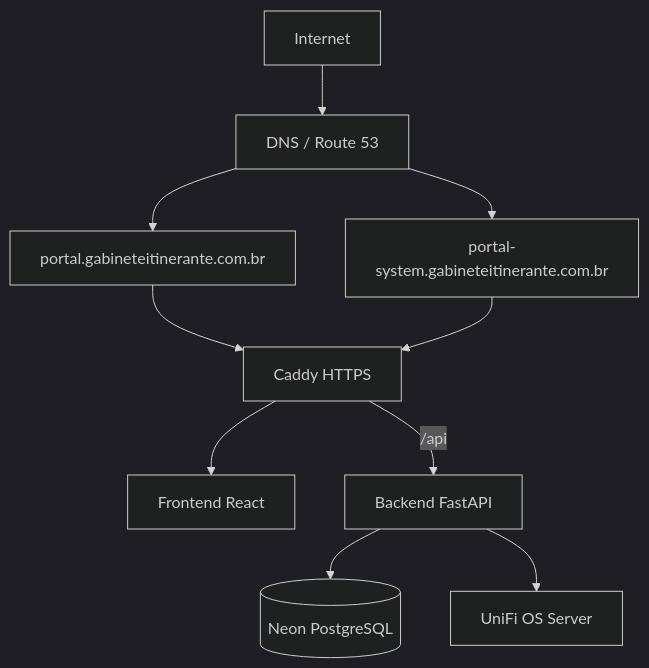
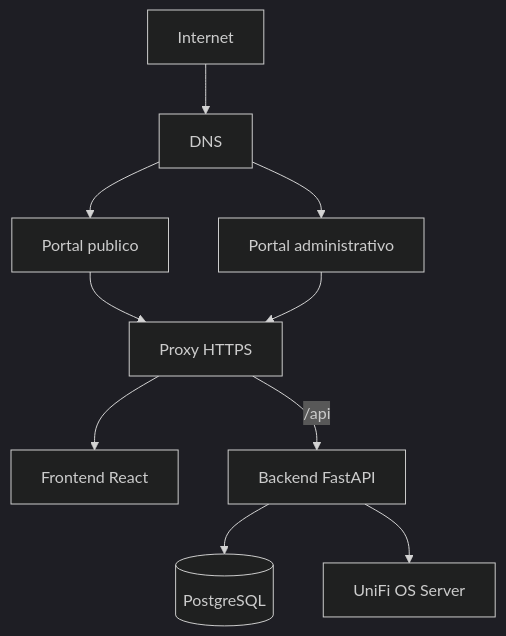
Before and after one commit to roberth-silva-lab/Captive-portal: the first of 6 diagrams in README.md, drawn with Mermaid (dark theme). The commit also changed other lines of this file, not shown here.

````diff
--- a/README.md
+++ b/README.md
@@ -31,12 +31,12 @@
 ```mermaid
 flowchart TD
-  Internet --> DNS[DNS / Route 53]
-  DNS --> Public[portal.gabineteitinerante.com.br]
-  DNS --> Admin[portal-system.gabineteitinerante.com.br]
-  Public --> Caddy[Caddy HTTPS]
-  Admin --> Caddy
-  Caddy --> Frontend[Frontend React]
-  Caddy -->|/api| FastAPI[Backend FastAPI]
-  FastAPI --> Neon[(Neon PostgreSQL)]
+  Internet --> DNS[DNS]
+  DNS --> Public[Portal publico]
+  DNS --> Admin[Portal administrativo]
+  Public --> Proxy[Proxy HTTPS]
+  Admin --> Proxy
+  Proxy --> Frontend[Frontend React]
+  Proxy -->|/api| FastAPI[Backend FastAPI]
+  FastAPI --> Database[(PostgreSQL)]
   FastAPI --> UniFi[UniFi OS Server]
 ```
````
